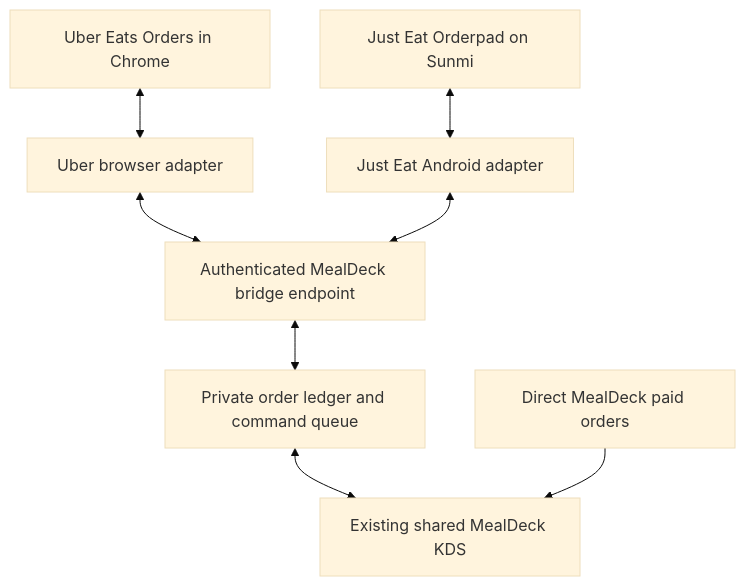
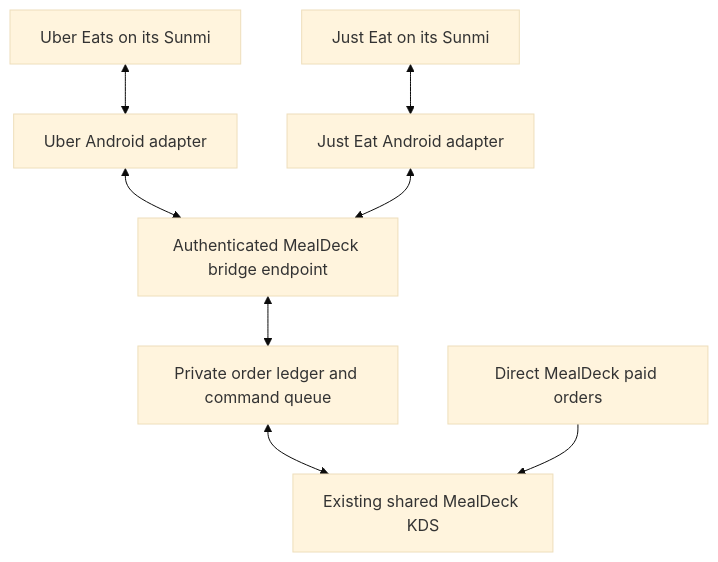
One commit to asaffilate01-ship-it/pixel-perfect-71 changed the diagram in docs/mealdeck-marketplace-connectors.md. Above: the diagram before and after it, drawn with Mermaid (base theme). The commit also changed other lines of this file and 14 other files, not shown here.

Commit message:
Support separate Uber Eats and Just Eat Sunmi devices

````diff
--- a/docs/mealdeck-marketplace-connectors.md
+++ b/docs/mealdeck-marketplace-connectors.md
@@ -29,10 +29,10 @@
 ```mermaid
 flowchart TD
-  U["Uber Eats Orders in Chrome"] <--> UB["Uber browser adapter"]
-  J["Just Eat Orderpad on Sunmi"] <--> JB["Just Eat Android adapter"]
+  U["Uber Eats on its Sunmi"] <--> UB["Uber Android adapter"]
+  J["Just Eat on its Sunmi"] <--> JB["Just Eat Android adapter"]
   UB <--> H["Authenticated MealDeck bridge endpoint"]
   JB <--> H
   H <--> L["Private order ledger and command queue"]
   L <--> K["Existing shared MealDeck KDS"]
   D["Direct MealDeck paid orders"] --> K
 ```
````
